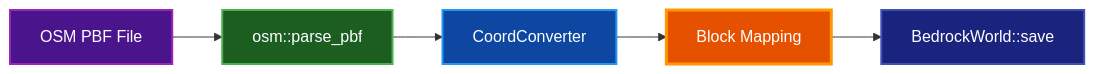
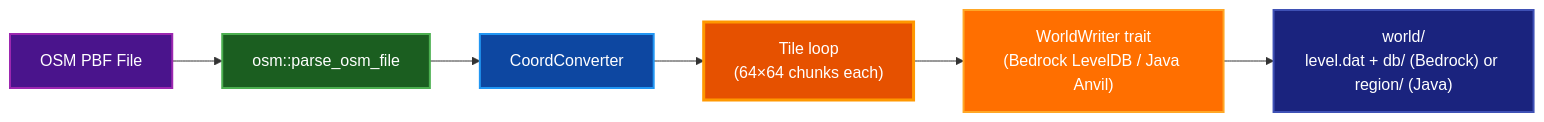
Before and after one commit to paulrobello/osm-to-bedrock: the first of 3 diagrams in docs/DEVELOPER_INFO.md, drawn with Mermaid. The commit also changed other lines of this file and 6 other files, not shown here.

````diff
--- a/docs/DEVELOPER_INFO.md
+++ b/docs/DEVELOPER_INFO.md
@@ -92,19 +93,29 @@
 ```mermaid
 graph LR
     OSM[OSM PBF File]
-    Parse[osm::parse_pbf]
-    Convert[CoordConverter]
-    Map[Block Mapping]
-    Write[BedrockWorld::save]
+    Parse[osm::parse_osm_file]
+    Conv[CoordConverter]
+    Tiles["Tile loop<br/>(64×64 chunks each)"]
+    Writer["WorldWriter trait<br/>(Bedrock LevelDB / Java Anvil)"]
+    Out["world/<br/>level.dat + db/ (Bedrock) or region/ (Java)"]
 
     OSM --> Parse
-    Parse --> Convert
-    Convert --> Map
-    Map --> Write
+    Parse --> Conv
+    Conv --> Tiles
+    Tiles --> Writer
+    Writer --> Out
 
-    style OSM fill:#4a148c,stroke:#9c27b0,stroke-width:2px,color:#ffffff
-    style Parse fill:#1b5e20,stroke:#4caf50,stroke-width:2px,color:#ffffff
-    style Convert fill:#0d47a1,stroke:#2196f3,stroke-width:2px,color:#ffffff
-    style Map fill:#e65100,stroke:#ff9800,stroke-width:3px,color:#ffffff
-    style Write fill:#1a237e,stroke:#3f51b5,stroke-width:2px,color:#ffffff
+    class OSM external
+    class Parse active
+    class Conv info
+    class Tiles primary
+    class Writer warning
+    class Out database
+
+    classDef primary fill:#e65100,stroke:#ff9800,stroke-width:3px,color:#ffffff
+    classDef active fill:#1b5e20,stroke:#4caf50,stroke-width:2px,color:#ffffff
+    classDef warning fill:#ff6f00,stroke:#ffa726,stroke-width:2px,color:#ffffff
+    classDef info fill:#0d47a1,stroke:#2196f3,stroke-width:2px,color:#ffffff
+    classDef database fill:#1a237e,stroke:#3f51b5,stroke-width:2px,color:#ffffff
+    classDef external fill:#4a148c,stroke:#9c27b0,stroke-width:2px,color:#ffffff
 ```
````
